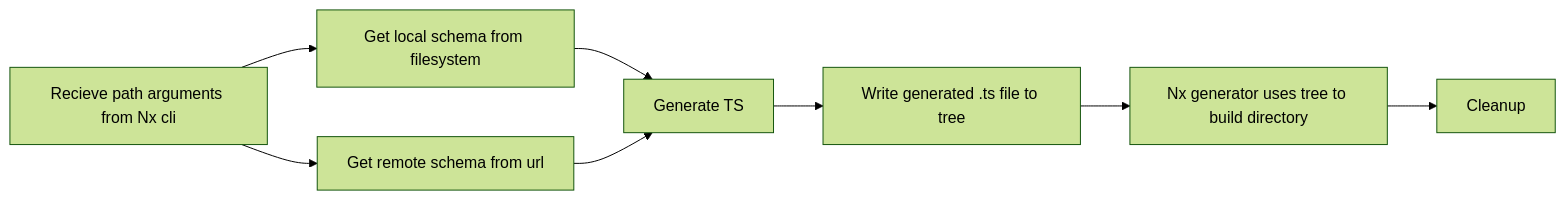
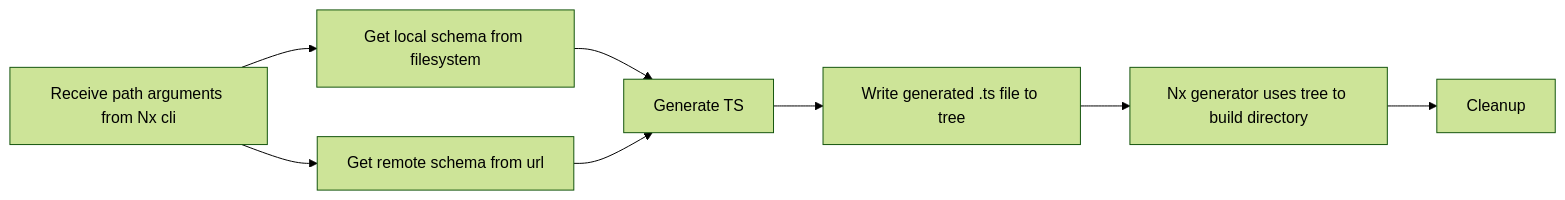
Before and after one commit to kai-nguyen-aligent/microservice-development-utilities: the diagram in packages/nx-openapi/README.md, drawn with Mermaid (forest theme).

Commit message:
MI-190 spelling

````diff
--- a/packages/nx-openapi/README.md
+++ b/packages/nx-openapi/README.md
@@ -54,10 +54,10 @@
 ```mermaid
 graph LR;
-  R[Recieve path arguments from Nx cli]-->GL[Get local schema from filesystem];
+  R[Receive path arguments from Nx cli]-->GL[Get local schema from filesystem];
   R-->GR[Get remote schema from url];
   GL-->G[Generate TS];
   GR-->G;
   G-->W[Write generated .ts file to tree];
   W-->NX[Nx generator uses tree to build directory];
   NX-->C[Cleanup];
 ```
````
